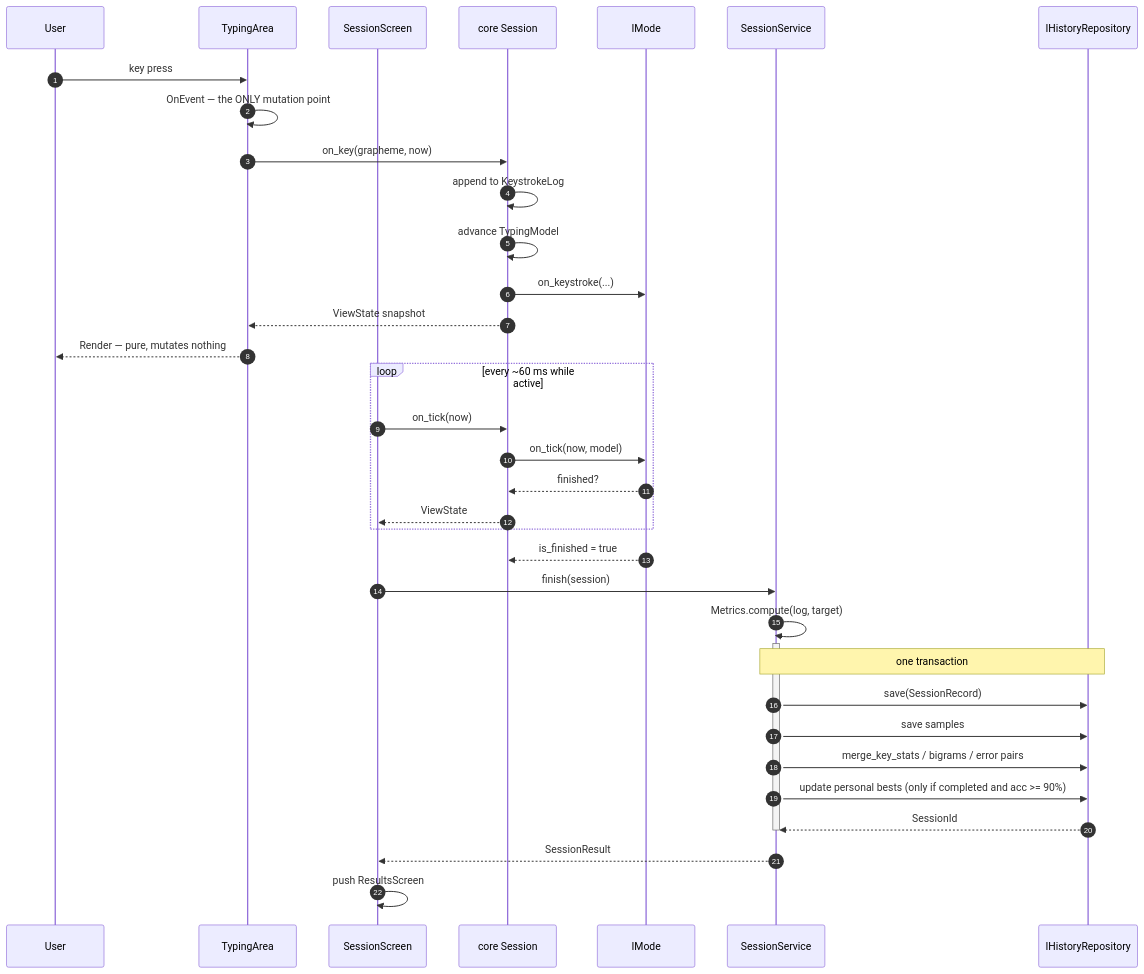
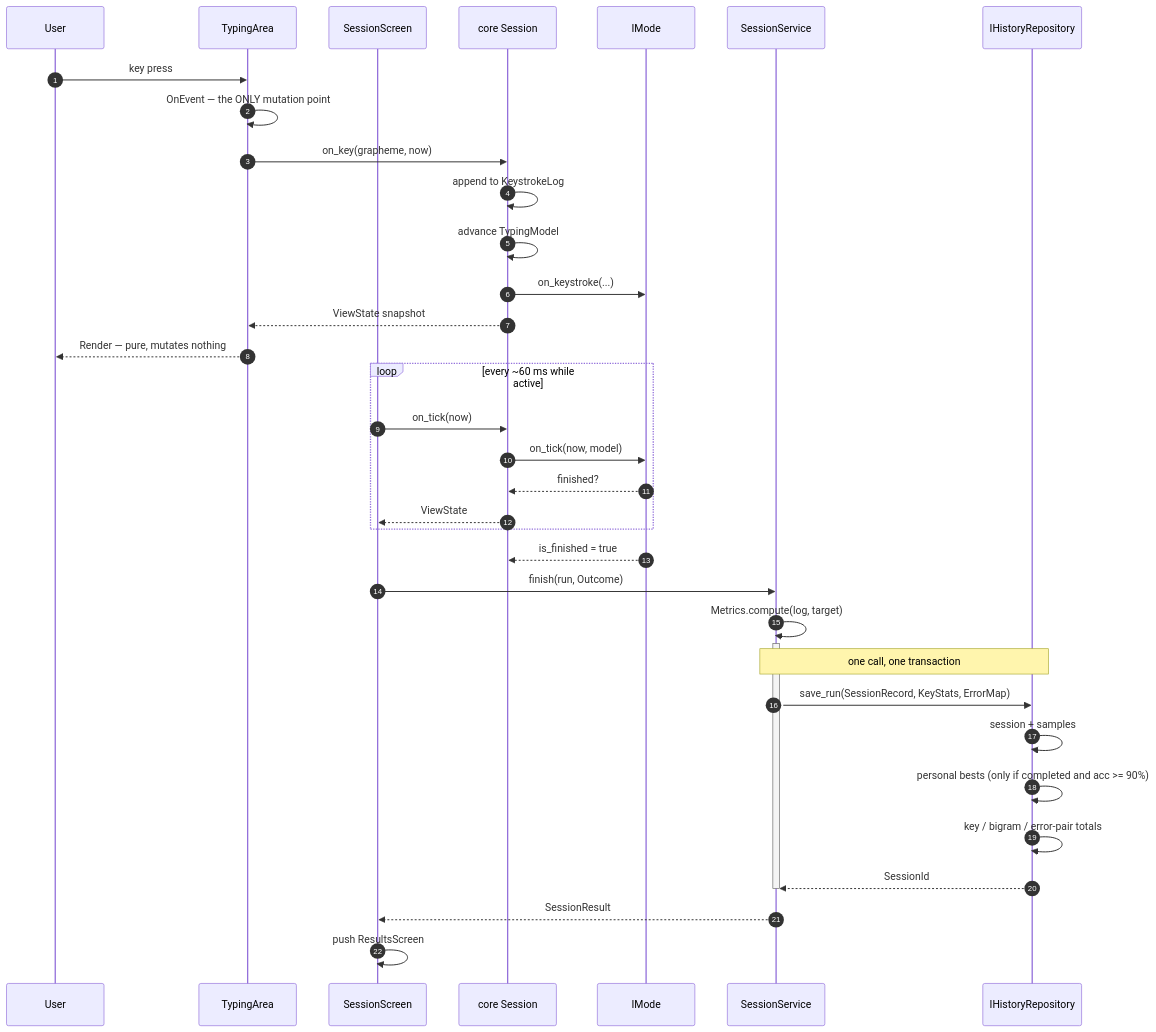
Diagram 14 of 30 in docs/DIAGRAMS.md (KriZa96/TypeIt), drawn with Mermaid before and after one commit. The commit also changed other lines of this file and 10 other files, not shown here.

````diff
--- a/docs/DIAGRAMS.md
+++ b/docs/DIAGRAMS.md
@@ -949,41 +950,41 @@
 ```mermaid
 sequenceDiagram
     autonumber
     participant U as User
     participant TA as TypingArea
     participant SS as SessionScreen
     participant S as core Session
     participant MO as IMode
     participant SV as SessionService
     participant R as IHistoryRepository
 
     U->>TA: key press
     TA->>TA: OnEvent — the ONLY mutation point
     TA->>S: on_key(grapheme, now)
     S->>S: append to KeystrokeLog
     S->>S: advance TypingModel
     S->>MO: on_keystroke(...)
     S-->>TA: ViewState snapshot
     TA-->>U: Render — pure, mutates nothing
 
     loop every ~60 ms while active
         SS->>S: on_tick(now)
         S->>MO: on_tick(now, model)
         MO-->>S: finished?
         S-->>SS: ViewState
     end
 
     MO-->>S: is_finished = true
-    SS->>SV: finish(session)
+    SS->>SV: finish(run, Outcome)
     SV->>SV: Metrics.compute(log, target)
     activate SV
-    Note over SV,R: one transaction
-    SV->>R: save(SessionRecord)
-    SV->>R: save samples
-    SV->>R: merge_key_stats / bigrams / error pairs
-    SV->>R: update personal bests (only if completed and acc >= 90%)
+    Note over SV,R: one call, one transaction
+    SV->>R: save_run(SessionRecord, KeyStats, ErrorMap)
+    R->>R: session + samples
+    R->>R: personal bests (only if completed and acc >= 90%)
+    R->>R: key / bigram / error-pair totals
     R-->>SV: SessionId
     deactivate SV
     SV-->>SS: SessionResult
     SS->>SS: push ResultsScreen
 ```
````
